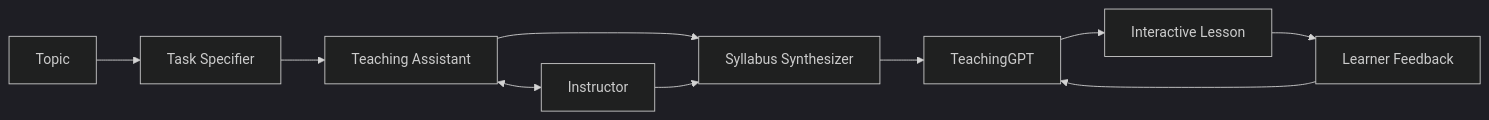
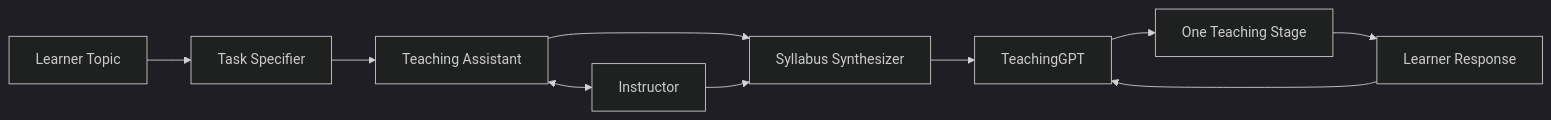
The first of 2 diagrams in README.md (Ankita2525/LearnFlow-AI), drawn with Mermaid (dark theme) before and after one commit. The commit also changed other lines of this file, not shown here.

````diff
--- a/README.md
+++ b/README.md
@@ -42,12 +53,12 @@
 ```mermaid
 flowchart LR
-    A[Topic] --> B[Task Specifier]
-    B --> C[Teaching Assistant]
-    C <--> D[Instructor]
-    C --> E[Syllabus Synthesizer]
+    A["Learner Topic"] --> B["Task Specifier"]
+    B --> C["Teaching Assistant"]
+    C <--> D["Instructor"]
+    C --> E["Syllabus Synthesizer"]
     D --> E
-    E --> F[TeachingGPT]
-    F --> G[Interactive Lesson]
-    G --> H[Learner Feedback]
+    E --> F["TeachingGPT"]
+    F --> G["One Teaching Stage"]
+    G --> H["Learner Response"]
     H --> F
 ```
````
